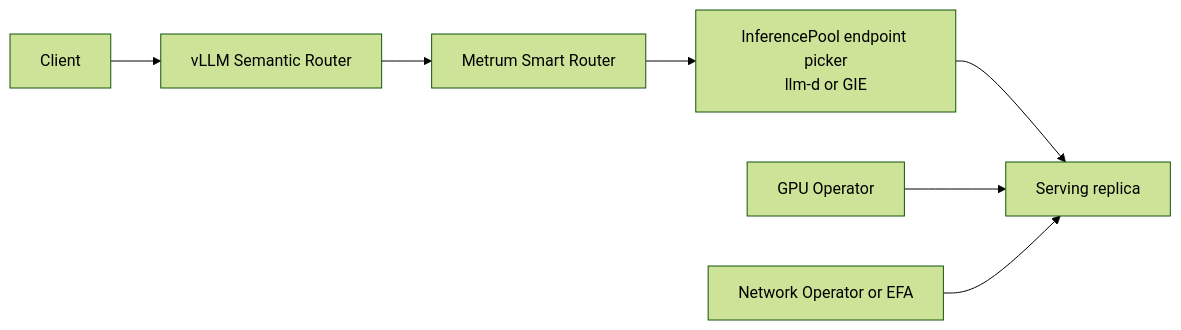
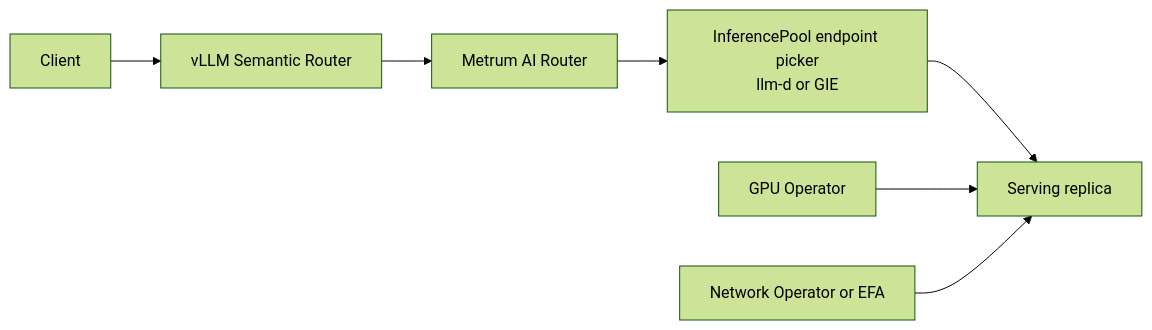
The diagram in docs/specs/kubernetes-deployment.md (Metrum-AI-Products/genai-smart-router), drawn with Mermaid (forest theme) before and after one commit. The commit also changed other lines of this file and 92 other files, not shown here.

First line of the commit message:
docs: converge product name on Metrum AI Router (#120)

````diff
--- a/docs/specs/kubernetes-deployment.md
+++ b/docs/specs/kubernetes-deployment.md
@@ -86,9 +86,9 @@
 ```mermaid
 flowchart LR
     Client[Client] --> Semantic[vLLM Semantic Router]
-    Semantic --> Router[Metrum Smart Router]
+    Semantic --> Router[Metrum AI Router]
     Router --> Pool[InferencePool endpoint picker\nllm-d or GIE]
     Pool --> Replica[Serving replica]
     GPU[GPU Operator] --> Replica
     Network[Network Operator or EFA] --> Replica
 ```
````
